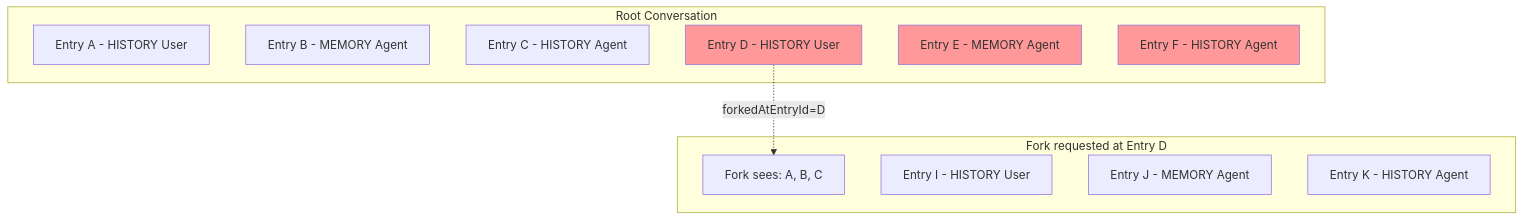
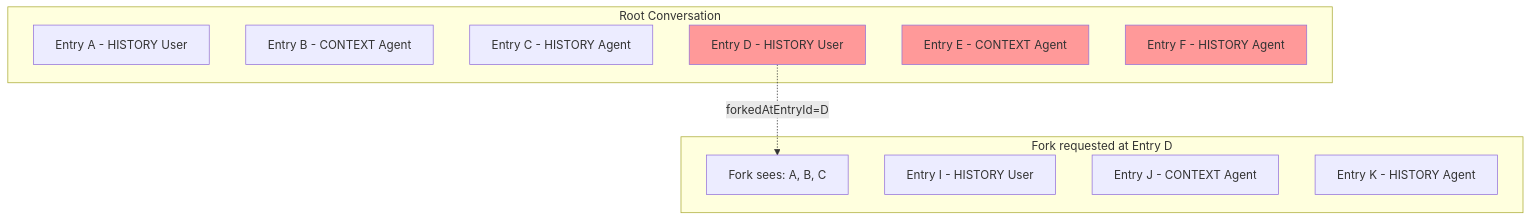
One commit to chirino/memory-service changed the seventh of 15 diagrams in docs/entry-data-model.md. Above: the diagram before and after it, drawn with Mermaid. The commit also changed other lines of this file and 58 other files, not shown here.

````diff
--- a/docs/entry-data-model.md
+++ b/docs/entry-data-model.md
@@ -251,24 +286,24 @@
 ```mermaid
 flowchart TB
     subgraph "Root Conversation"
         A[Entry A - HISTORY User]
-        B[Entry B - MEMORY Agent]
+        B[Entry B - CONTEXT Agent]
         C[Entry C - HISTORY Agent]
         D[Entry D - HISTORY User]
-        E[Entry E - MEMORY Agent]
+        E[Entry E - CONTEXT Agent]
         F[Entry F - HISTORY Agent]
     end
 
     subgraph "Fork requested at Entry D"
         FA[Fork sees: A, B, C]
         FI[Entry I - HISTORY User]
-        FJ[Entry J - MEMORY Agent]
+        FJ[Entry J - CONTEXT Agent]
         FK[Entry K - HISTORY Agent]
     end
 
     D -.->|forkedAtEntryId=D| FA
 
     style D fill:#ff9999
     style E fill:#ff9999
     style F fill:#ff9999
 ```
````
